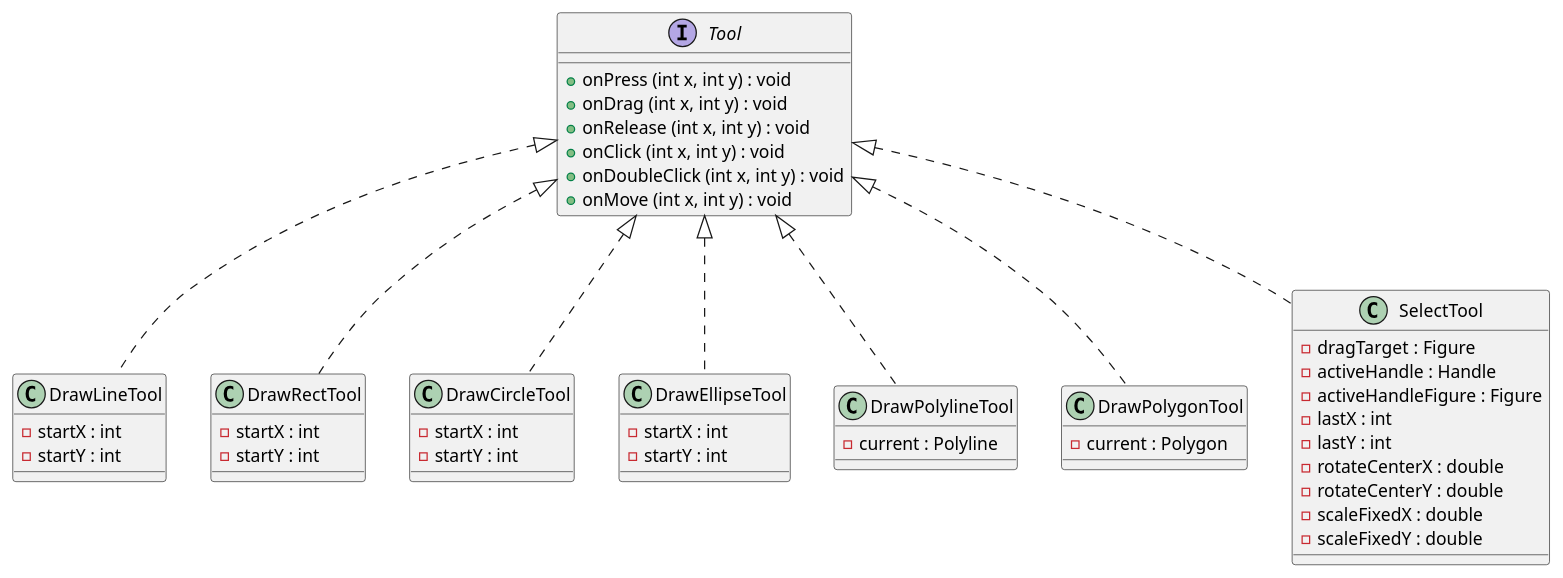
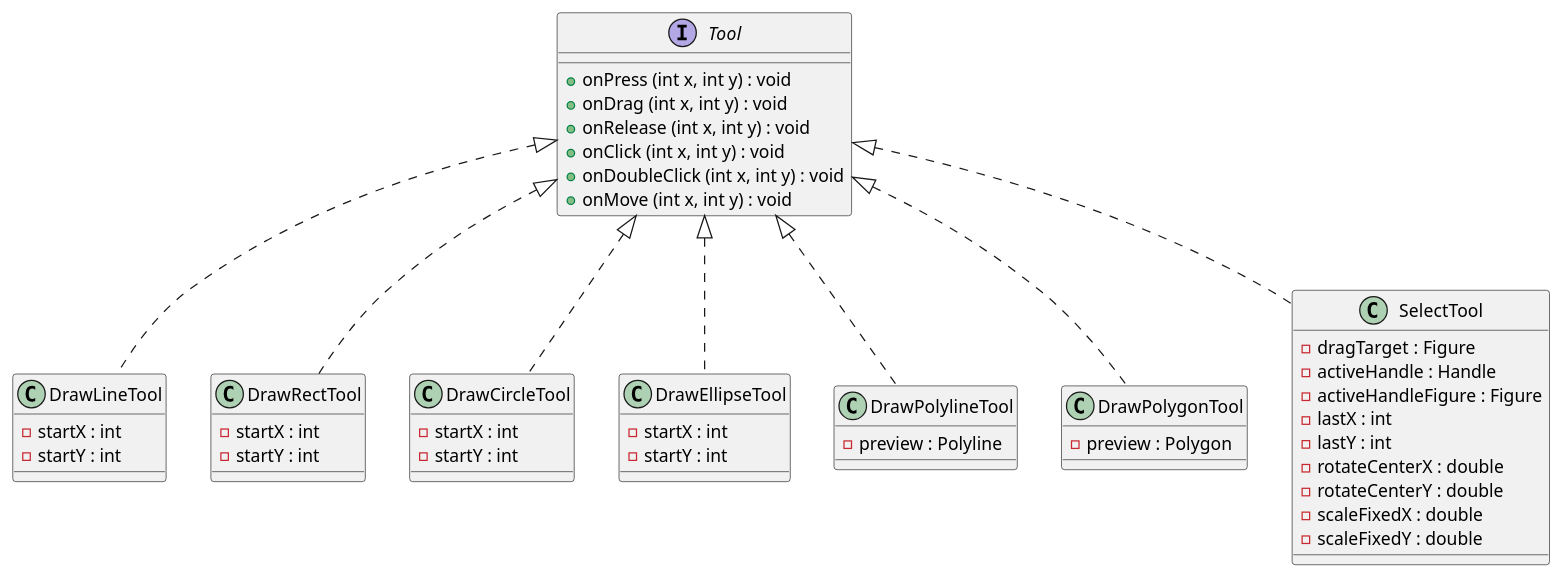
Before and after one commit to cpcp-lab/sdd-figure-editor: the third of 3 diagrams in docs/static-structure.md, drawn with PlantUML. The commit also changed other lines of this file and 12 other files, not shown here.

First line of the commit message:
Fix polygon/polyline creation bug and correct docs and bakeTransform

````diff
--- a/docs/static-structure.md
+++ b/docs/static-structure.md
@@ -278,62 +277,62 @@
 ```plantuml
 @startuml static-structure-tools
 
 interface Tool {
     + onPress (int x, int y) : void
     + onDrag (int x, int y) : void
     + onRelease (int x, int y) : void
     + onClick (int x, int y) : void
     + onDoubleClick (int x, int y) : void
     + onMove (int x, int y) : void
 }
 
 class DrawLineTool {
     - startX : int
     - startY : int
 }
 
 class DrawRectTool {
     - startX : int
     - startY : int
 }
 
 class DrawCircleTool {
     - startX : int
     - startY : int
 }
 
 class DrawEllipseTool {
     - startX : int
     - startY : int
 }
 
 class DrawPolylineTool {
-    - current : Polyline
+    - preview : Polyline
 }
 
 class DrawPolygonTool {
-    - current : Polygon
+    - preview : Polygon
 }
 
 class SelectTool {
     - dragTarget : Figure
     - activeHandle : Handle
     - activeHandleFigure : Figure
     - lastX : int
     - lastY : int
     - rotateCenterX : double
     - rotateCenterY : double
     - scaleFixedX : double
     - scaleFixedY : double
 }
 
 Tool <|.. DrawLineTool
 Tool <|.. DrawRectTool
 Tool <|.. DrawCircleTool
 Tool <|.. DrawEllipseTool
 Tool <|.. DrawPolylineTool
 Tool <|.. DrawPolygonTool
 Tool <|.. SelectTool
 
 @enduml
 ```
````
